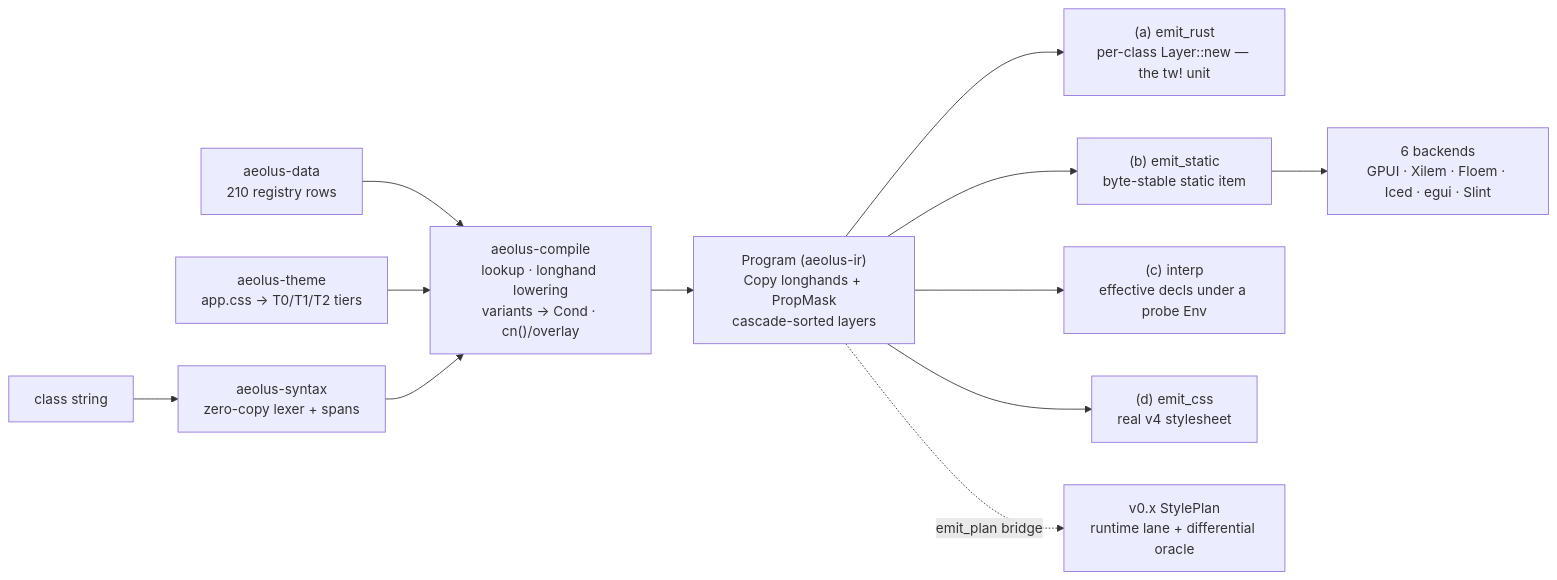
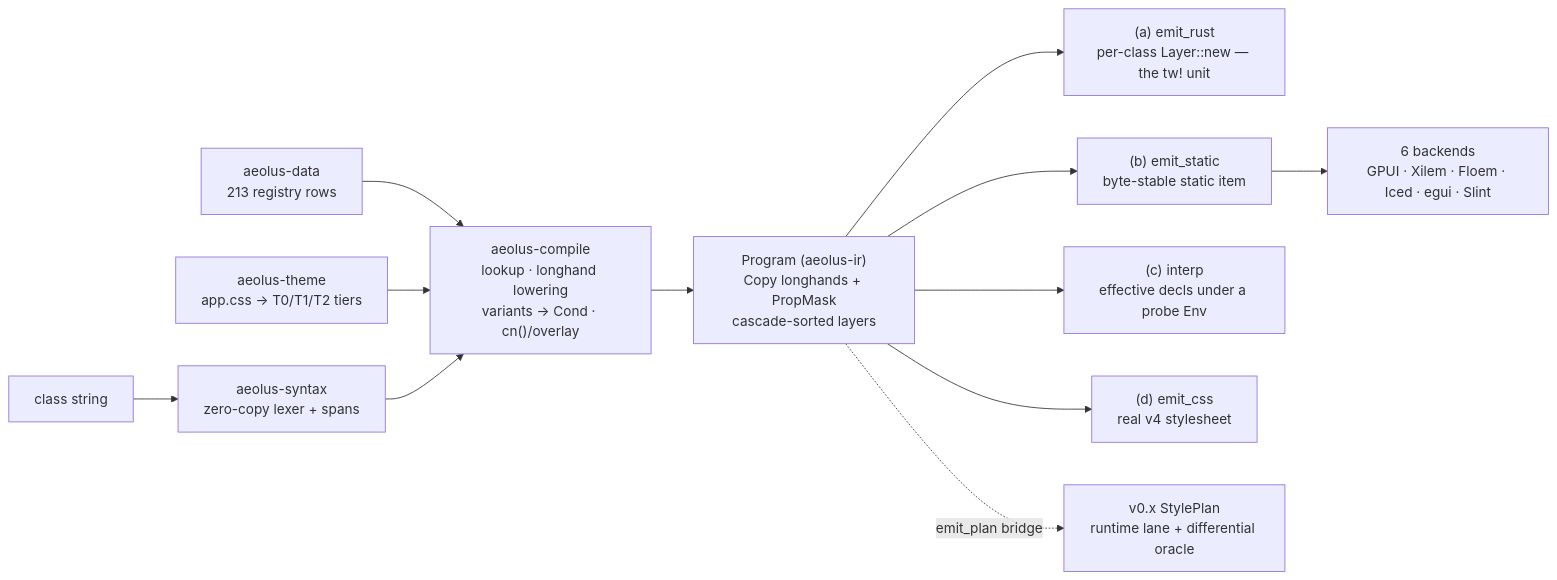
Before and after one commit to elcoosp/aeolus: the diagram in README.md, drawn with Mermaid. The commit also changed other lines of this file, not shown here.

Commit message:
docs(readme): the LSP rows and the stale counts catch up

````diff
--- a/README.md
+++ b/README.md
@@ -161,14 +161,14 @@
 ```mermaid
 flowchart LR
     A["class string"] --> S["aeolus-syntax<br/>zero-copy lexer + spans"]
-    D["aeolus-data<br/>210 registry rows"] --> C
+    D["aeolus-data<br/>213 registry rows"] --> C
     T["aeolus-theme<br/>app.css → T0/T1/T2 tiers"] --> C
     S --> C["aeolus-compile<br/>lookup · longhand lowering<br/>variants → Cond · cn()/overlay"]
     C --> P["Program (aeolus-ir)<br/>Copy longhands + PropMask<br/>cascade-sorted layers"]
     P --> R["(a) emit_rust<br/>per-class Layer::new — the tw! unit"]
     P --> B["(b) emit_static<br/>byte-stable static item"]
     P --> I["(c) interp<br/>effective decls under a probe Env"]
     P --> X["(d) emit_css<br/>real v4 stylesheet"]
     B --> BK["6 backends<br/>GPUI · Xilem · Floem · Iced · egui · Slint"]
     P -. "emit_plan bridge" .-> SP["v0.x StylePlan<br/>runtime lane + differential oracle"]
 ```
````
